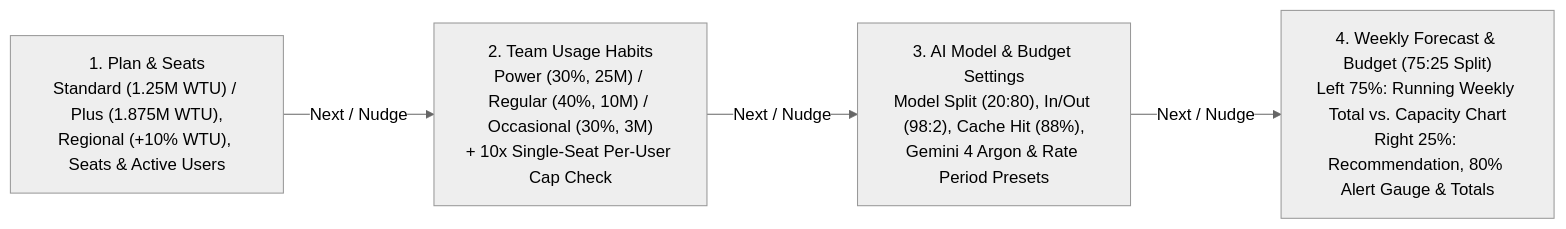
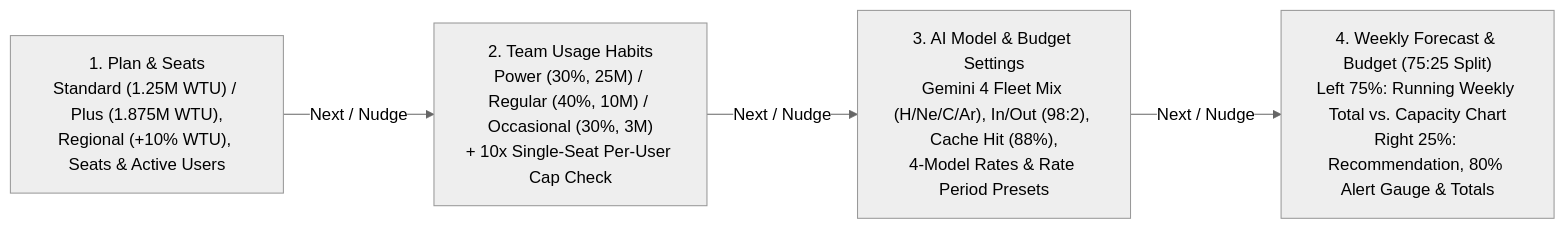
The diagram in docs/PRD.md (mohan-the-octocat/pushpak), drawn with Mermaid (neutral theme) before and after one commit. The commit also changed other lines of this file and 4 other files, not shown here.

Commit message:
Update Pushpak to Gemini 4 fleet (Hydrogen, Neon, Carbon, Argon)

````diff
--- a/docs/PRD.md
+++ b/docs/PRD.md
@@ -45,6 +45,6 @@
 ```mermaid
 flowchart LR
   T2["1. Plan & Seats<br/>Standard (1.25M WTU) / Plus (1.875M WTU),<br/>Regional (+10% WTU), Seats & Active Users"] -->|Next / Nudge| T3["2. Team Usage Habits<br/>Power (30%, 25M) / Regular (40%, 10M) / Occasional (30%, 3M)<br/>+ 10x Single-Seat Per-User Cap Check"]
-  T3 -->|Next / Nudge| T4["3. AI Model & Budget Settings<br/>Model Split (20:80), In/Out (98:2), Cache Hit (88%),<br/>Gemini 4 Argon & Rate Period Presets"]
+  T3 -->|Next / Nudge| T4["3. AI Model & Budget Settings<br/>Gemini 4 Fleet Mix (H/Ne/C/Ar), In/Out (98:2), Cache Hit (88%),<br/>4-Model Rates & Rate Period Presets"]
   T4 -->|Next / Nudge| T1["4. Weekly Forecast & Budget (75:25 Split)<br/>Left 75%: Running Weekly Total vs. Capacity Chart<br/>Right 25%: Recommendation, 80% Alert Gauge & Totals"]
 ```
````
